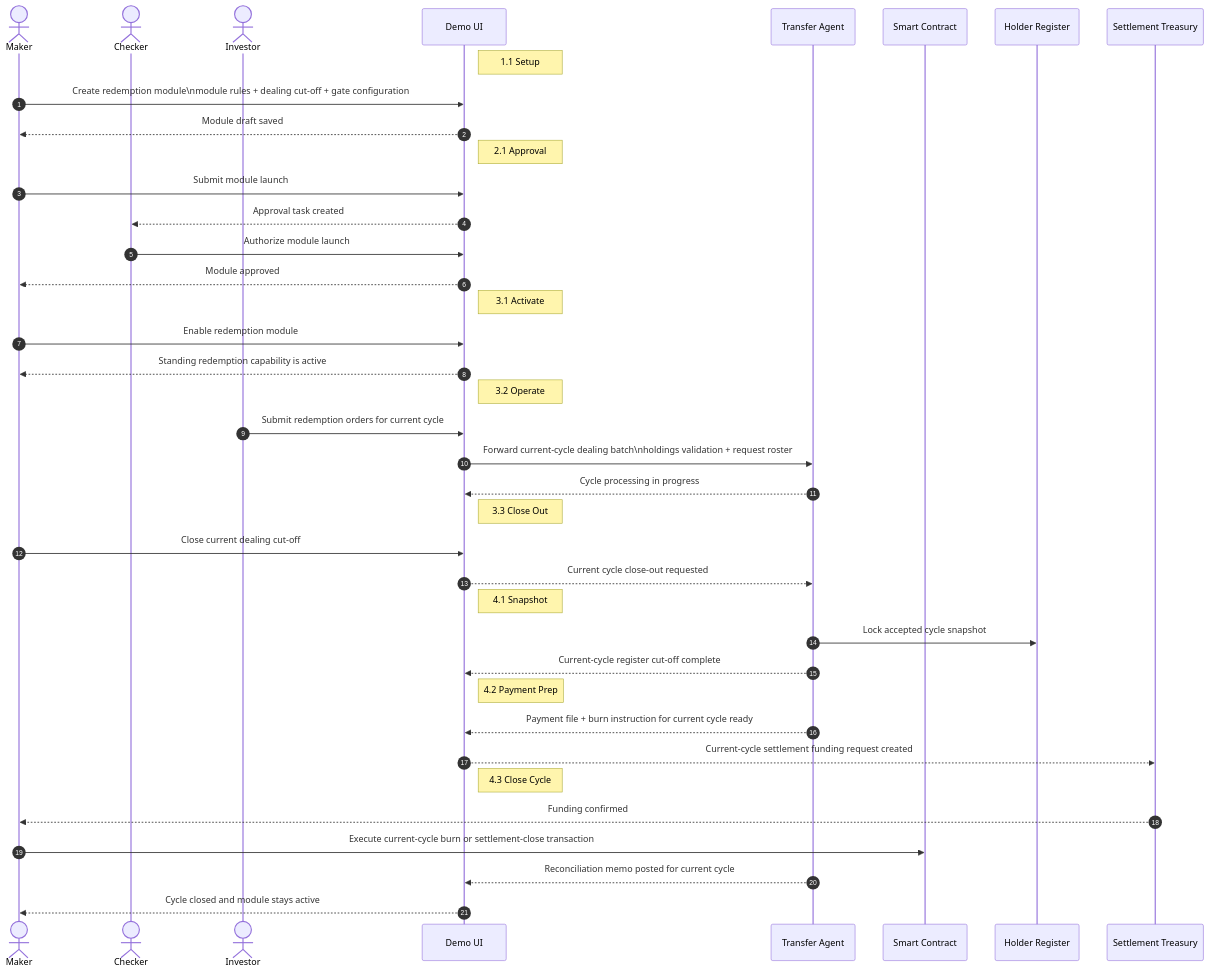
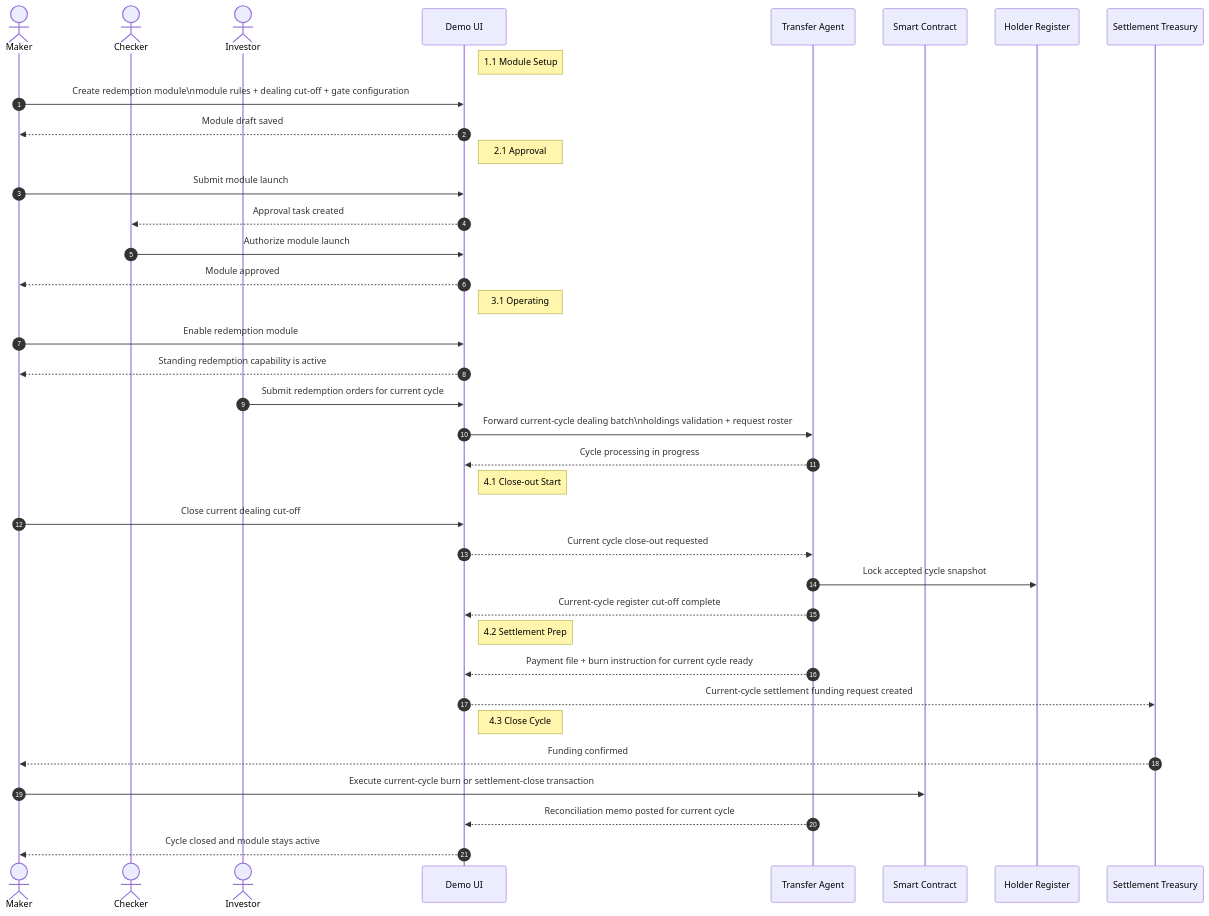
One commit to JohnLiuSCIE/fund-rwa-demo changed the fourth of 6 diagrams in 05_Architecture/Diagrams/ARCH - Fund Lifecycle Sequence Diagrams.md. Above: the diagram before and after it, drawn with Mermaid. The commit also changed other lines of this file and 3 other files, not shown here.

Commit message:
Align fund workflow sequence diagrams

````diff
--- a/05_Architecture/Diagrams/ARCH - Fund Lifecycle Sequence Diagrams.md
+++ b/05_Architecture/Diagrams/ARCH - Fund Lifecycle Sequence Diagrams.md
@@ -230,49 +231,47 @@
 ```mermaid
 sequenceDiagram
     autonumber
     actor Maker as Maker
     actor Checker as Checker
     actor Investor as Investor
     participant UI as Demo UI
     participant TA as Transfer Agent
     participant Chain as Smart Contract
     participant Register as Holder Register
     participant Treasury as Settlement Treasury
 
-    note right of UI: 1.1 Setup
+    note right of UI: 1.1 Module Setup
     Maker->>UI: Create redemption module\nmodule rules + dealing cut-off + gate configuration
     UI-->>Maker: Module draft saved
 
     note right of UI: 2.1 Approval
     Maker->>UI: Submit module launch
     UI-->>Checker: Approval task created
     Checker->>UI: Authorize module launch
     UI-->>Maker: Module approved
 
-    note right of UI: 3.1 Activate
+    note right of UI: 3.1 Operating
     Maker->>UI: Enable redemption module
     UI-->>Maker: Standing redemption capability is active
 
-    note right of UI: 3.2 Operate
     Investor->>UI: Submit redemption orders for current cycle
     UI->>TA: Forward current-cycle dealing batch\nholdings validation + request roster
     TA-->>UI: Cycle processing in progress
 
-    note right of UI: 3.3 Close Out
+    note right of UI: 4.1 Close-out Start
     Maker->>UI: Close current dealing cut-off
     UI-->>TA: Current cycle close-out requested
 
-    note right of UI: 4.1 Snapshot
     TA->>Register: Lock accepted cycle snapshot
     TA-->>UI: Current-cycle register cut-off complete
 
-    note right of UI: 4.2 Payment Prep
+    note right of UI: 4.2 Settlement Prep
     TA-->>UI: Payment file + burn instruction for current cycle ready
     UI-->>Treasury: Current-cycle settlement funding request created
 
     note right of UI: 4.3 Close Cycle
     Treasury-->>Maker: Funding confirmed
     Maker->>Chain: Execute current-cycle burn or settlement-close transaction
     TA-->>UI: Reconciliation memo posted for current cycle
     UI-->>Maker: Cycle closed and module stays active
 ```
````
